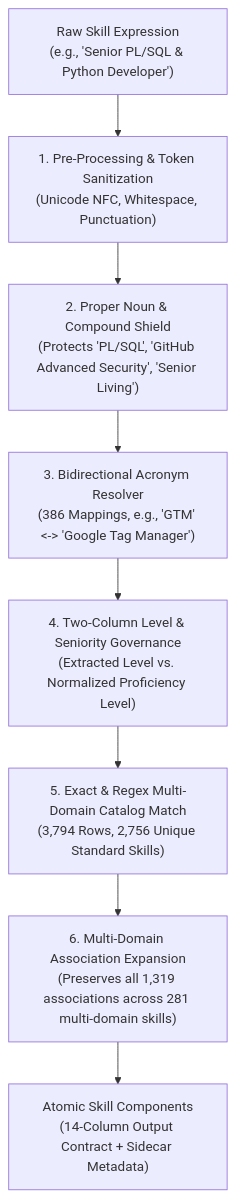
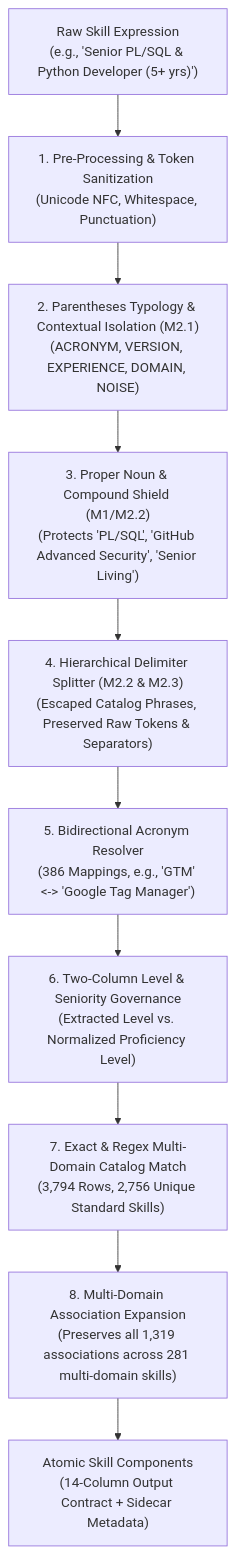
One commit to AhmeDvEssam/Egypt-Career-Map-Platform changed the second of 3 diagrams in README.md. Above: the diagram before and after it, drawn with Mermaid. The commit also changed other lines of this file and 12 other files, not shown here.

Commit message:
feat(infra): sync untracked lib modules and update architecture roadmap in README

````diff
--- a/README.md
+++ b/README.md
@@ -129,10 +129,12 @@
 ```mermaid
 flowchart TD
-    Raw["Raw Skill Expression<br/>(e.g., 'Senior PL/SQL & Python Developer')"] --> Prep["1. Pre-Processing & Token Sanitization<br/>(Unicode NFC, Whitespace, Punctuation)"]
-    Prep --> Shield["2. Proper Noun & Compound Shield<br/>(Protects 'PL/SQL', 'GitHub Advanced Security', 'Senior Living')"]
-    Shield --> Acronym["3. Bidirectional Acronym Resolver<br/>(386 Mappings, e.g., 'GTM' <-> 'Google Tag Manager')"]
-    Acronym --> Level["4. Two-Column Level & Seniority Governance<br/>(Extracted Level vs. Normalized Proficiency Level)"]
-    Level --> Match["5. Exact & Regex Multi-Domain Catalog Match<br/>(3,794 Rows, 2,756 Unique Standard Skills)"]
-    Match --> Assoc["6. Multi-Domain Association Expansion<br/>(Preserves all 1,319 associations across 281 multi-domain skills)"]
+    Raw["Raw Skill Expression<br/>(e.g., 'Senior PL/SQL & Python Developer (5+ yrs)')"] --> Prep["1. Pre-Processing & Token Sanitization<br/>(Unicode NFC, Whitespace, Punctuation)"]
+    Prep --> Paren["2. Parentheses Typology & Contextual Isolation (M2.1)<br/>(ACRONYM, VERSION, EXPERIENCE, DOMAIN, NOISE)"]
+    Paren --> Shield["3. Proper Noun & Compound Shield (M1/M2.2)<br/>(Protects 'PL/SQL', 'GitHub Advanced Security', 'Senior Living')"]
+    Shield --> Delim["4. Hierarchical Delimiter Splitter (M2.2 & M2.3)<br/>(Escaped Catalog Phrases, Preserved Raw Tokens & Separators)"]
+    Delim --> Acronym["5. Bidirectional Acronym Resolver<br/>(386 Mappings, e.g., 'GTM' <-> 'Google Tag Manager')"]
+    Acronym --> Level["6. Two-Column Level & Seniority Governance<br/>(Extracted Level vs. Normalized Proficiency Level)"]
+    Level --> Match["7. Exact & Regex Multi-Domain Catalog Match<br/>(3,794 Rows, 2,756 Unique Standard Skills)"]
+    Match --> Assoc["8. Multi-Domain Association Expansion<br/>(Preserves all 1,319 associations across 281 multi-domain skills)"]
     Assoc --> Out["Atomic Skill Components<br/>(14-Column Output Contract + Sidecar Metadata)"]
 ```
````
